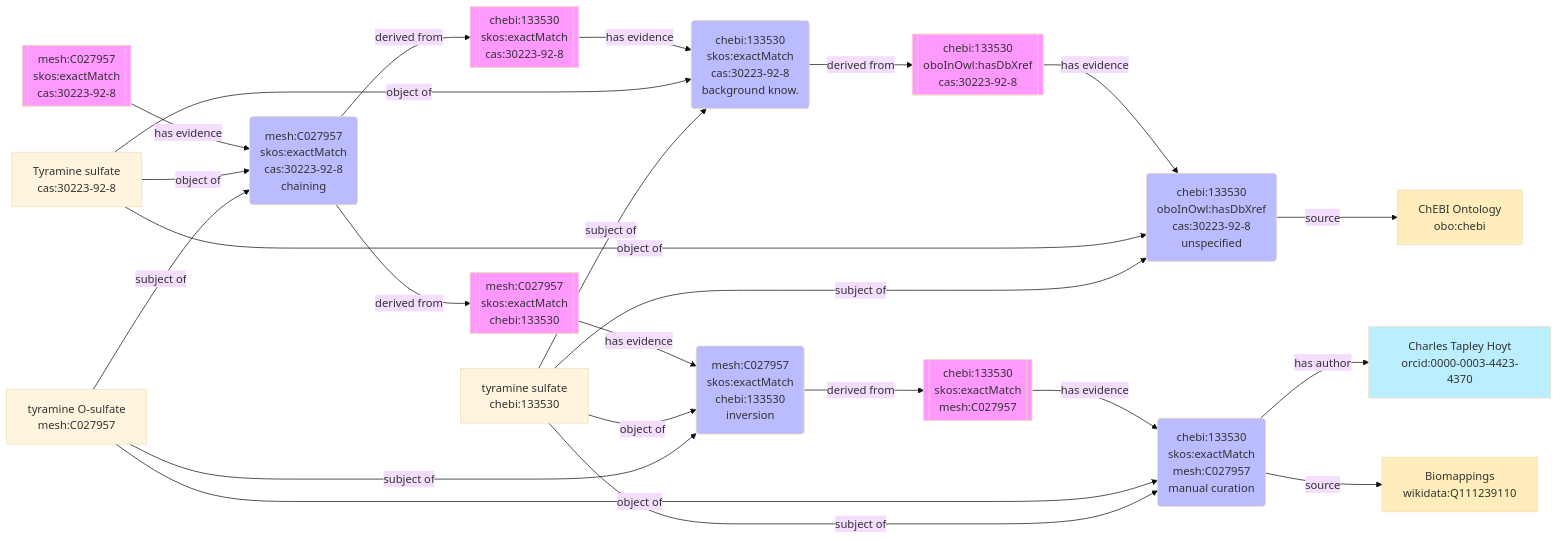
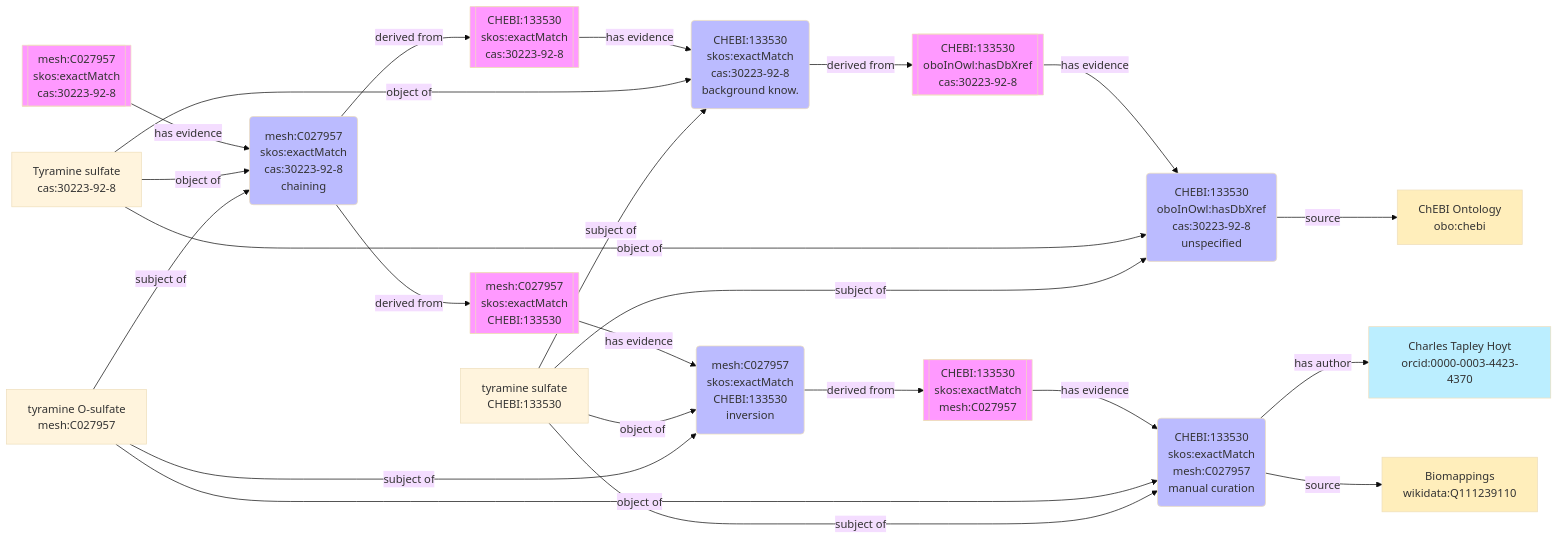
The ninth of 9 diagrams in _posts/2026/2026-05-29-sssom-derived-from.md (cthoyt/cthoyt.github.io), drawn with Mermaid (base theme) before and after one commit. The commit also changed other lines of this file, not shown here.

````diff
--- a/_posts/2026/2026-05-29-sssom-derived-from.md
+++ b/_posts/2026/2026-05-29-sssom-derived-from.md
@@ -364,85 +449,85 @@
 ```mermaid
 flowchart LR
-  chebi:133530[tyramine sulfate
-chebi:133530]
-  cas:30223-92-8[Tyramine sulfate
+    CHEBI:133530[tyramine sulfate
+CHEBI:133530]
+cas:30223-92-8[Tyramine sulfate
 cas:30223-92-8]
-  983062C7B8D6517E("chebi:133530
+983062C7B8D6517E("CHEBI:133530
 oboInOwl:hasDbXref
 cas:30223-92-8
 unspecified")
-  style 983062C7B8D6517E fill:#bbf
-  obo:chebi[ChEBI Ontology
+style 983062C7B8D6517E fill: #bbf
+obo:chebi[ChEBI Ontology
 obo:chebi]
-  style obo:chebi fill:#feb
-  0b8eb968c306d65e1715a7b0961f6a4d99b5b19081edb67cee701fd887af1290[["chebi:133530
+style obo:chebi fill:#feb
+0b8eb968c306d65e1715a7b0961f6a4d99b5b19081edb67cee701fd887af1290[["CHEBI:133530
 oboInOwl:hasDbXref
 cas:30223-92-8"]]
-  style 0b8eb968c306d65e1715a7b0961f6a4d99b5b19081edb67cee701fd887af1290 fill:#f9f
-  21056C0956788E11("chebi:133530
+style 0b8eb968c306d65e1715a7b0961f6a4d99b5b19081edb67cee701fd887af1290 fill: #f9f
+21056C0956788E11("CHEBI:133530
 skos:exactMatch
 cas:30223-92-8
 background know.")
-  style 21056C0956788E11 fill:#bbf
-  a0022401f47964288ecc1ab706d79b4d4abc10edf33d0a71953834a0b0b3c24c[["chebi:133530
+style 21056C0956788E11 fill: #bbf
+a0022401f47964288ecc1ab706d79b4d4abc10edf33d0a71953834a0b0b3c24c[["CHEBI:133530
 skos:exactMatch
 cas:30223-92-8"]]
-  style a0022401f47964288ecc1ab706d79b4d4abc10edf33d0a71953834a0b0b3c24c fill:#f9f
-  mesh:C027957[tyramine O-sulfate
+style a0022401f47964288ecc1ab706d79b4d4abc10edf33d0a71953834a0b0b3c24c fill: #f9f
+mesh:C027957[tyramine O-sulfate
 mesh:C027957]
-  244808D78AFCBDC1("chebi:133530
+244808D78AFCBDC1("CHEBI:133530
 skos:exactMatch
 mesh:C027957
 manual curation")
-  style 244808D78AFCBDC1 fill:#bbf
-  orcid:0000-0003-4423-4370[Charles Tapley Hoyt
+style 244808D78AFCBDC1 fill: #bbf
+orcid:0000-0003-4423-4370[Charles Tapley Hoyt
 orcid:0000-0003-4423-4370]
-  style orcid:0000-0003-4423-4370 fill:#bef
-  wikidata:Q111239110[Biomappings
+style orcid:0000-0003-4423-4370 fill: #bef
+wikidata:Q111239110[Biomappings
 wikidata:Q111239110]
-  style wikidata:Q111239110 fill:#feb
-  b8d737b89a421bd6ca058314564c9ed507cbfe3ec4a2e82979fefdfe708019ea[["chebi:133530
+style wikidata:Q111239110 fill: #feb
+b8d737b89a421bd6ca058314564c9ed507cbfe3ec4a2e82979fefdfe708019ea[["CHEBI:133530
 skos:exactMatch
 mesh:C027957"]]
-  style b8d737b89a421bd6ca058314564c9ed507cbfe3ec4a2e82979fefdfe708019ea fill:#f9f
-  474146D6A6AFF3C7("mesh:C027957
+style b8d737b89a421bd6ca058314564c9ed507cbfe3ec4a2e82979fefdfe708019ea fill: #f9f
+474146D6A6AFF3C7("mesh:C027957
 skos:exactMatch
-chebi:133530
+CHEBI:133530
 inversion")
-  style 474146D6A6AFF3C7 fill:#bbf
-  1036c55358639c5db78ada181ac38d8eda337e83efe1db901716d101777f8474[["mesh:C027957
+style 474146D6A6AFF3C7 fill: #bbf
+1036c55358639c5db78ada181ac38d8eda337e83efe1db901716d101777f8474[["mesh:C027957
 skos:exactMatch
-chebi:133530"]]
-  style 1036c55358639c5db78ada181ac38d8eda337e83efe1db901716d101777f8474 fill:#f9f
-  AED810A43159DA66("mesh:C027957
+CHEBI:133530"]]
+style 1036c55358639c5db78ada181ac38d8eda337e83efe1db901716d101777f8474 fill: #f9f
+AED810A43159DA66("mesh:C027957
 skos:exactMatch
 cas:30223-92-8
 chaining")
-  style AED810A43159DA66 fill:#bbf
-  b5cd9f2dfa98540a3485a473bed0870720d7de23b87847ba508b8c85961e3b7d[["mesh:C027957
+style AED810A43159DA66 fill: #bbf
+b5cd9f2dfa98540a3485a473bed0870720d7de23b87847ba508b8c85961e3b7d[["mesh:C027957
 skos:exactMatch
 cas:30223-92-8"]]
-  style b5cd9f2dfa98540a3485a473bed0870720d7de23b87847ba508b8c85961e3b7d fill:#f9f
-  983062C7B8D6517E-->|source|obo:chebi
-  chebi:133530-->|subject of|983062C7B8D6517E
-  cas:30223-92-8-->|object of|983062C7B8D6517E
-  0b8eb968c306d65e1715a7b0961f6a4d99b5b19081edb67cee701fd887af1290-->|has evidence|983062C7B8D6517E
-  chebi:133530-->|subject of|21056C0956788E11
-  cas:30223-92-8-->|object of|21056C0956788E11
-  a0022401f47964288ecc1ab706d79b4d4abc10edf33d0a71953834a0b0b3c24c-->|has evidence|21056C0956788E11
-  244808D78AFCBDC1-->|has author|orcid:0000-0003-4423-4370
-  244808D78AFCBDC1-->|source|wikidata:Q111239110
-  chebi:133530-->|subject of|244808D78AFCBDC1
-  mesh:C027957-->|object of|244808D78AFCBDC1
-  b8d737b89a421bd6ca058314564c9ed507cbfe3ec4a2e82979fefdfe708019ea-->|has evidence|244808D78AFCBDC1
-  mesh:C027957-->|subject of|474146D6A6AFF3C7
-  chebi:133530-->|object of|474146D6A6AFF3C7
-  1036c55358639c5db78ada181ac38d8eda337e83efe1db901716d101777f8474-->|has evidence|474146D6A6AFF3C7
-  mesh:C027957-->|subject of|AED810A43159DA66
-  cas:30223-92-8-->|object of|AED810A43159DA66
-  b5cd9f2dfa98540a3485a473bed0870720d7de23b87847ba508b8c85961e3b7d-->|has evidence|AED810A43159DA66
-  21056C0956788E11-->|derived from|0b8eb968c306d65e1715a7b0961f6a4d99b5b19081edb67cee701fd887af1290
-  474146D6A6AFF3C7-->|derived from|b8d737b89a421bd6ca058314564c9ed507cbfe3ec4a2e82979fefdfe708019ea
-  AED810A43159DA66-->|derived from|a0022401f47964288ecc1ab706d79b4d4abc10edf33d0a71953834a0b0b3c24c
-  AED810A43159DA66-->|derived from|1036c55358639c5db78ada181ac38d8eda337e83efe1db901716d101777f8474
+style b5cd9f2dfa98540a3485a473bed0870720d7de23b87847ba508b8c85961e3b7d fill: #f9f
+983062C7B8D6517E -->|source|obo:chebi
+CHEBI:133530 -->|subject of|983062C7B8D6517E
+cas:30223-92-8 -->|object of|983062C7B8D6517E
+0b8eb968c306d65e1715a7b0961f6a4d99b5b19081edb67cee701fd887af1290 -->|has evidence|983062C7B8D6517E
+CHEBI:133530 -->|subject of|21056C0956788E11
+cas:30223-92-8 -->|object of|21056C0956788E11
+a0022401f47964288ecc1ab706d79b4d4abc10edf33d0a71953834a0b0b3c24c -->|has evidence|21056C0956788E11
+244808D78AFCBDC1 -->|has author|orcid:0000-0003-4423-4370
+244808D78AFCBDC1 -->|source|wikidata:Q111239110
+CHEBI:133530 -->|subject of|244808D78AFCBDC1
+mesh:C027957 -->|object of|244808D78AFCBDC1
+b8d737b89a421bd6ca058314564c9ed507cbfe3ec4a2e82979fefdfe708019ea -->|has evidence|244808D78AFCBDC1
+mesh:C027957 -->|subject of|474146D6A6AFF3C7
+CHEBI:133530 -->|object of|474146D6A6AFF3C7
+1036c55358639c5db78ada181ac38d8eda337e83efe1db901716d101777f8474-->|has evidence|474146D6A6AFF3C7
+mesh:C027957-->|subject of|AED810A43159DA66
+cas:30223-92-8 -->|object of|AED810A43159DA66
+b5cd9f2dfa98540a3485a473bed0870720d7de23b87847ba508b8c85961e3b7d -->|has evidence|AED810A43159DA66
+21056C0956788E11-->|derived from|0b8eb968c306d65e1715a7b0961f6a4d99b5b19081edb67cee701fd887af1290
+474146D6A6AFF3C7 -->|derived from|b8d737b89a421bd6ca058314564c9ed507cbfe3ec4a2e82979fefdfe708019ea
+AED810A43159DA66 -->|derived from|a0022401f47964288ecc1ab706d79b4d4abc10edf33d0a71953834a0b0b3c24c
+AED810A43159DA66 -->|derived from|1036c55358639c5db78ada181ac38d8eda337e83efe1db901716d101777f8474
 ```
````
